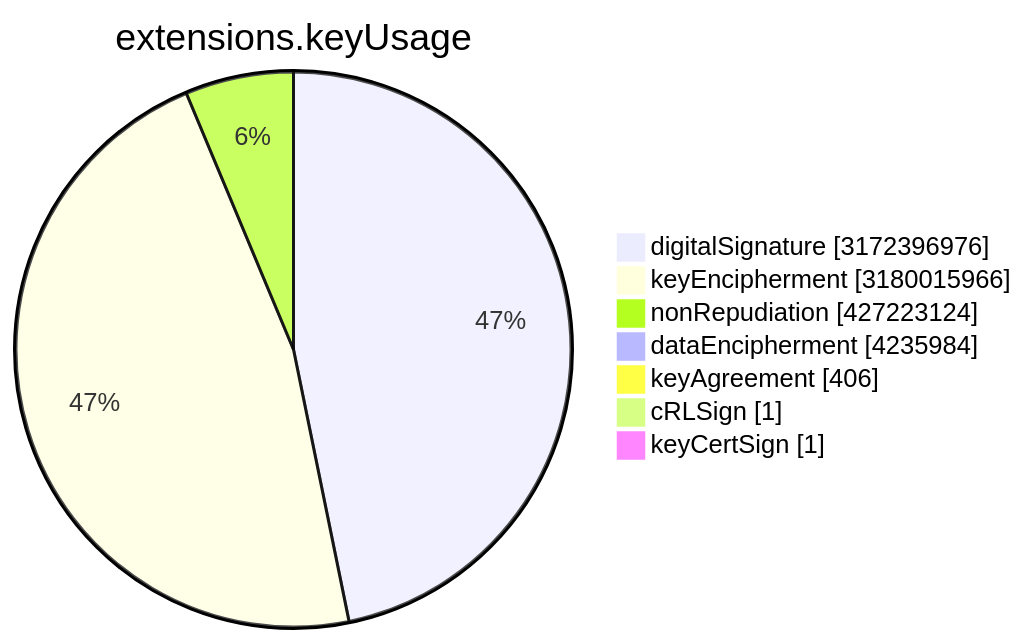
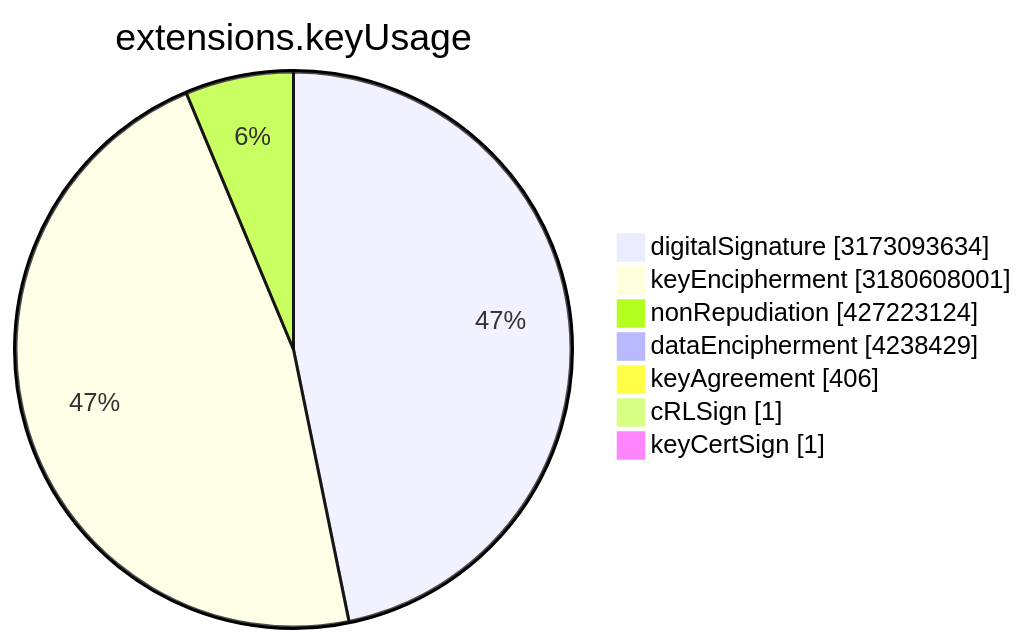
One commit to christiankrug/ctmonitor_visualization changed the sixth of 15 diagrams in TOTAL/README.md. Above: the diagram before and after it, drawn with Mermaid. The commit also changed other lines of this file, not shown here.

````diff
--- a/TOTAL/README.md
+++ b/TOTAL/README.md
@@ -3077,11 +3077,11 @@
 ```mermaid
 pie showData
 title extensions.keyUsage
-"digitalSignature" :3172396976
-"keyEncipherment" :3180015966
+"digitalSignature" :3173093634
+"keyEncipherment" :3180608001
 "nonRepudiation" :427223124
-"dataEncipherment" :4235984
+"dataEncipherment" :4238429
 "keyAgreement" :406
 "cRLSign" :1
 "keyCertSign" :1
 ```
````
